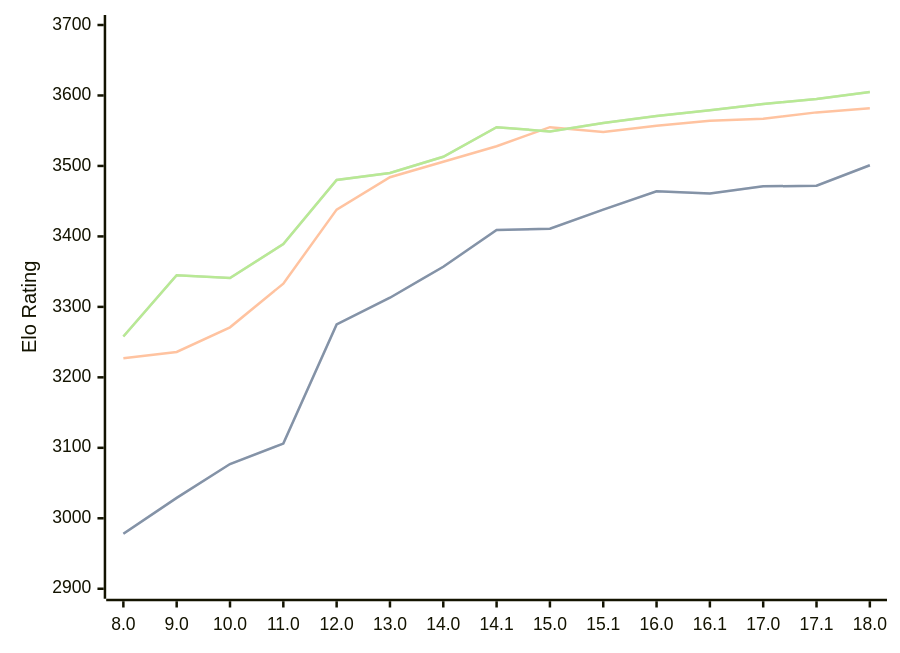
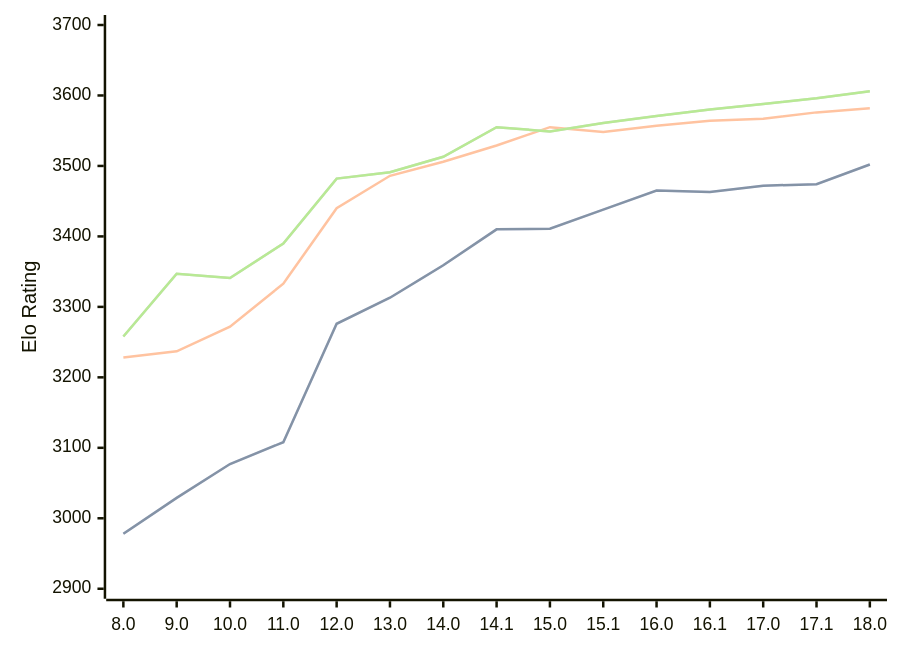
One commit to computer-chess-index/cci changed the first of 3 diagrams in engines/Stockfish.md. Above: the diagram before and after it, drawn with Mermaid. The commit also changed other lines of this file, not shown here.

Commit message:
Update CCI Ratings (ELO VLTC) - 2026-07-14

````diff
--- a/engines/Stockfish.md
+++ b/engines/Stockfish.md
@@ -46,11 +46,11 @@
 ```mermaid
 %%{init: {"theme":"base","themeVariables":{"seriesColors:['#a3a3a3','#222221','#faa371']}}}%%
 xychart-beta
   x-axis ["8.0", "9.0", "10.0", "11.0", "12.0", "13.0", "14.0", "14.1", "15.0", "15.1", "16.0", "16.1", "17.0", "17.1", "18.0"]
   y-axis "Elo Rating" 2900 --> 3700
-  line "STC (8.0+0.08s)" [2978, 3029, 3077, 3106, 3275, 3313, 3357, 3409, 3411, 3438, 3464, 3461, 3471, 3472, 3501]
-  line "STC (8.0+0.08s)" [2978, 3029, 3077, 3106, 3275, 3313, 3357, 3409, 3411, 3438, 3464, 3461, 3471, 3472, 3501]
-  line "LTC (60.0+0.60s)" [3227, 3236, 3271, 3333, 3438, 3484, 3506, 3528, 3555, 3548, 3557, 3564, 3567, 3576, 3582]
-  line "VLTC (2m24s+1.12s)" [3258, 3345, 3341, 3389, 3480, 3490, 3513, 3555, 3549, 3561, 3571, 3579, 3588, 3595, 3605]
-  line "VLTC (2m24s+1.12s)" [3258, 3345, 3341, 3389, 3480, 3490, 3513, 3555, 3549, 3561, 3571, 3579, 3588, 3595, 3605]
+  line "STC (8.0+0.08s)" [2978, 3029, 3077, 3108, 3276, 3313, 3359, 3410, 3411, 3438, 3465, 3463, 3472, 3474, 3502]
+  line "STC (8.0+0.08s)" [2978, 3029, 3077, 3108, 3276, 3313, 3359, 3410, 3411, 3438, 3465, 3463, 3472, 3474, 3502]
+  line "LTC (60.0+0.60s)" [3228, 3237, 3272, 3333, 3440, 3486, 3506, 3529, 3555, 3548, 3557, 3564, 3567, 3576, 3582]
+  line "VLTC (2m24s+1.12s)" [3258, 3347, 3341, 3390, 3482, 3491, 3513, 3555, 3549, 3561, 3571, 3580, 3588, 3596, 3606]
+  line "VLTC (2m24s+1.12s)" [3258, 3347, 3341, 3390, 3482, 3491, 3513, 3555, 3549, 3561, 3571, 3580, 3588, 3596, 3606]
 ```
````
